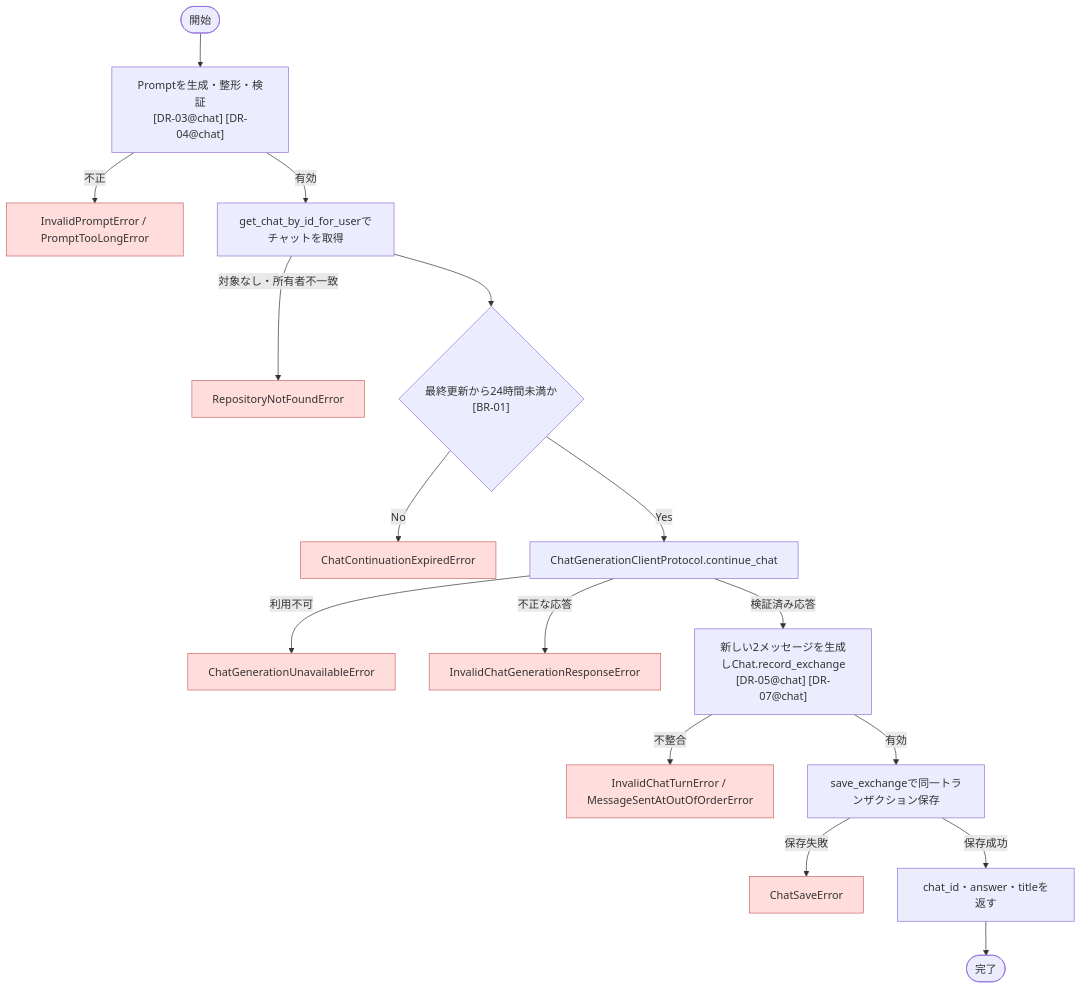
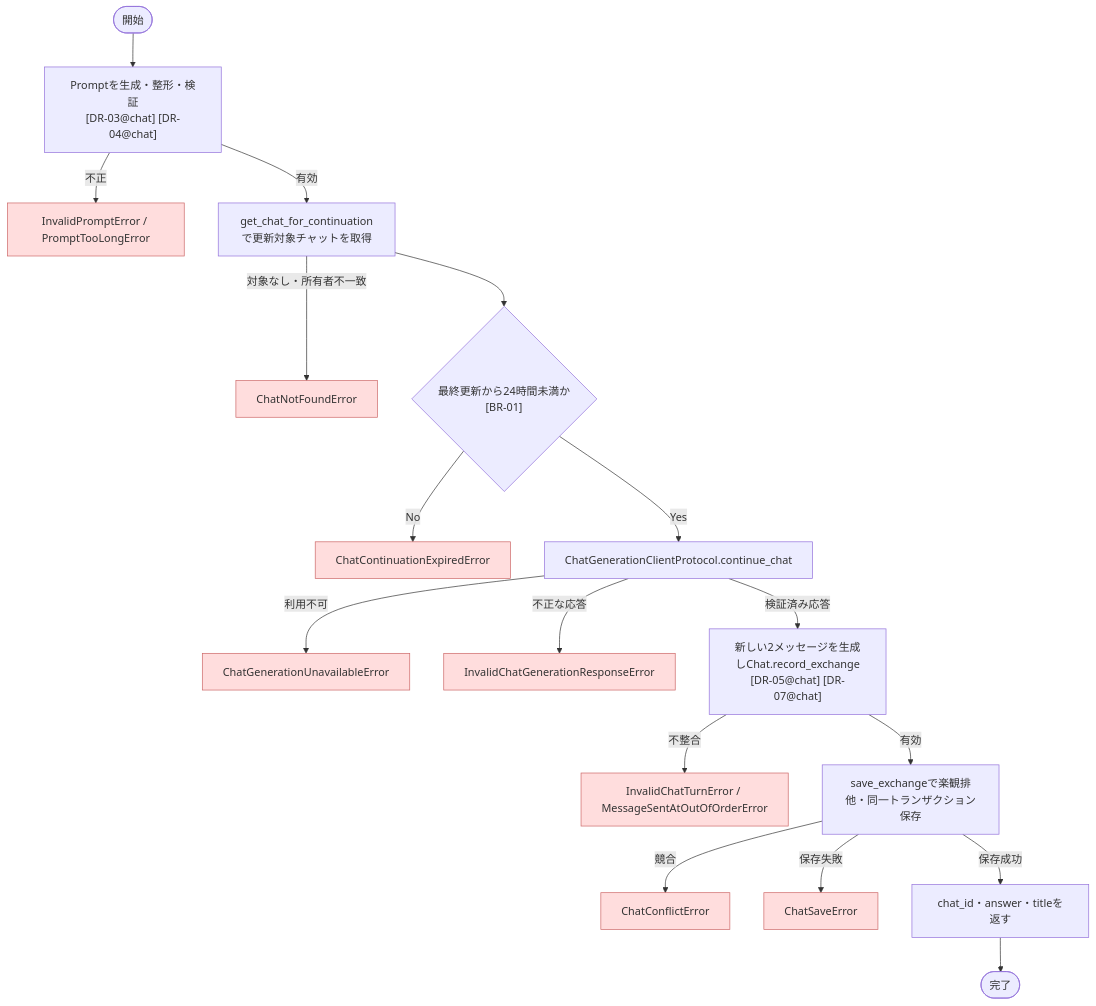
One commit to ponta-kh/paperbuddy changed the diagram in docs/backend/specification/chat/continue_chat.md. Above: the diagram before and after it, drawn with Mermaid. The commit also changed other lines of this file and 14 other files, not shown here.

````diff
--- a/docs/backend/specification/chat/continue_chat.md
+++ b/docs/backend/specification/chat/continue_chat.md
@@ -101,26 +101,28 @@
 ```mermaid
 flowchart TD
     A([開始]) --> B["Promptを生成・整形・検証\n[DR-03@chat] [DR-04@chat]"]
     B -->|不正| ERR1["InvalidPromptError / PromptTooLongError"]
-    B -->|有効| C["get_chat_by_id_for_userでチャットを取得"]
-    C -->|対象なし・所有者不一致| ERR2["RepositoryNotFoundError"]
+    B -->|有効| C["get_chat_for_continuationで更新対象チャットを取得"]
+    C -->|対象なし・所有者不一致| ERR2["ChatNotFoundError"]
     C --> D{"最終更新から24時間未満か\n[BR-01]"}
     D -->|No| ERR3["ChatContinuationExpiredError"]
     D -->|Yes| E["ChatGenerationClientProtocol.continue_chat"]
     E -->|利用不可| ERR4["ChatGenerationUnavailableError"]
     E -->|不正な応答| ERR5["InvalidChatGenerationResponseError"]
     E -->|検証済み応答| F["新しい2メッセージを生成しChat.record_exchange\n[DR-05@chat] [DR-07@chat]"]
     F -->|不整合| ERR6["InvalidChatTurnError / MessageSentAtOutOfOrderError"]
-    F -->|有効| G["save_exchangeで同一トランザクション保存"]
+    F -->|有効| G["save_exchangeで楽観排他・同一トランザクション保存"]
+    G -->|競合| ERR8["ChatConflictError"]
     G -->|保存失敗| ERR7["ChatSaveError"]
     G -->|保存成功| H["chat_id・answer・titleを返す"]
     H --> I([完了])
 
     style ERR1 fill:#fdd,stroke:#c66
     style ERR2 fill:#fdd,stroke:#c66
     style ERR3 fill:#fdd,stroke:#c66
     style ERR4 fill:#fdd,stroke:#c66
     style ERR5 fill:#fdd,stroke:#c66
     style ERR6 fill:#fdd,stroke:#c66
     style ERR7 fill:#fdd,stroke:#c66
+    style ERR8 fill:#fdd,stroke:#c66
 ```
````
